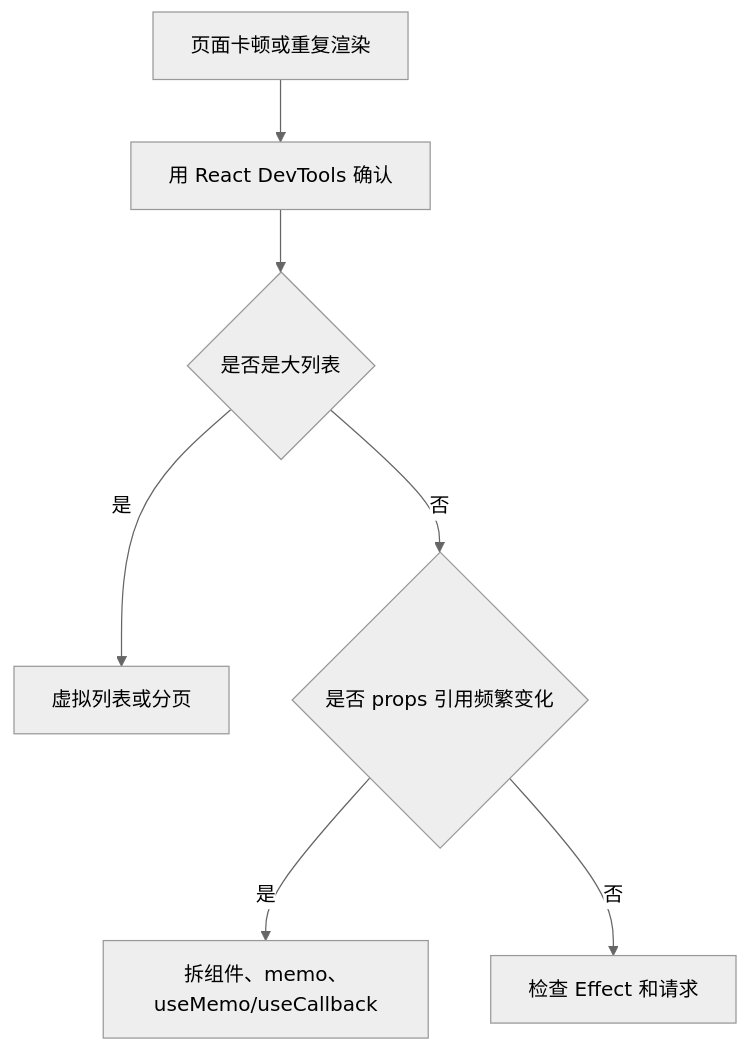
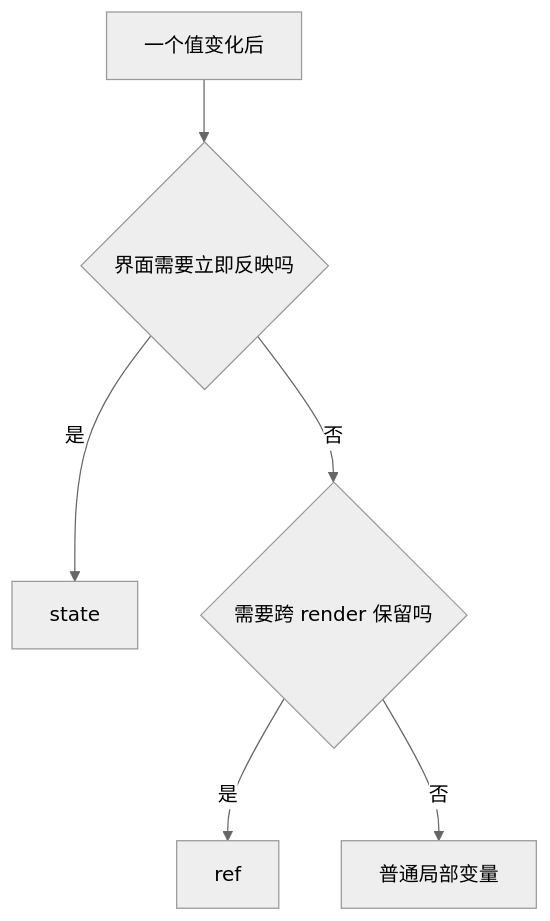
One commit to yokry-he/yok-study-web changed diagram 13 of 19 in docs/react/visual-guide.md. Above: the diagram before and after it, drawn with Mermaid (neutral theme). The commit also changed other lines of this file and 14 other files, not shown here.

````diff
--- a/docs/react/visual-guide.md
+++ b/docs/react/visual-guide.md
@@ -134,9 +391,8 @@
 ```mermaid
 flowchart TD
-  A[页面卡顿或重复渲染] --> B[用 React DevTools 确认]
-  B --> C{是否是大列表}
-  C -- 是 --> D[虚拟列表或分页]
-  C -- 否 --> E{是否 props 引用频繁变化}
-  E -- 是 --> F[拆组件、memo、useMemo/useCallback]
-  E -- 否 --> G[检查 Effect 和请求]
+  A["一个值变化后"] --> B{"界面需要立即反映吗"}
+  B -- "是" --> C["state"]
+  B -- "否" --> D{"需要跨 render 保留吗"}
+  D -- "是" --> E["ref"]
+  D -- "否" --> F["普通局部变量"]
 ```
````
